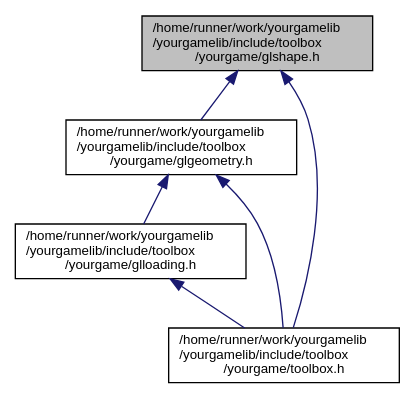
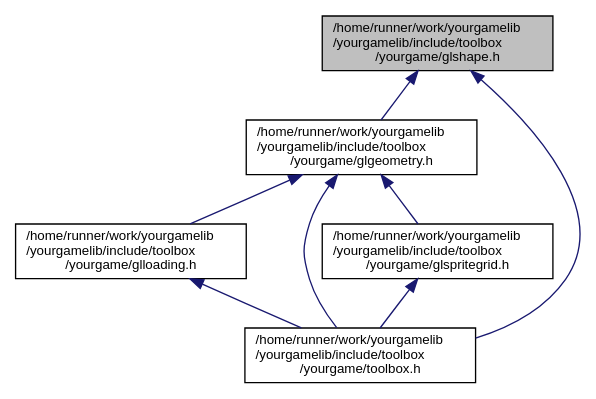
The diagram in glshape_8h__dep__incl.dot (duddel/yourgamelib), drawn with Graphviz before and after one commit. The commit also changed 64 other files, not shown here.

```diff
--- a/glshape_8h__dep__incl.dot
+++ b/glshape_8h__dep__incl.dot
@@ -1,14 +1,17 @@
 digraph "/home/runner/work/yourgamelib/yourgamelib/include/toolbox/yourgame/glshape.h"
 {
   edge [fontname="Helvetica",fontsize="10",labelfontname="Helvetica",labelfontsize="10"];
   node [fontname="Helvetica",fontsize="10",shape=record];
   Node4 [label="/home/runner/work/yourgamelib\l/yourgamelib/include/toolbox\l/yourgame/glshape.h",height=0.2,width=0.4,color="black", fillcolor="grey75", style="filled", fontcolor="black"];
   Node4 -> Node5 [dir="back",color="midnightblue",fontsize="10",style="solid",fontname="Helvetica"];
   Node5 [label="/home/runner/work/yourgamelib\l/yourgamelib/include/toolbox\l/yourgame/glgeometry.h",height=0.2,width=0.4,color="black", fillcolor="white", style="filled",URL="$glgeometry_8h.html"];
   Node5 -> Node6 [dir="back",color="midnightblue",fontsize="10",style="solid",fontname="Helvetica"];
   Node6 [label="/home/runner/work/yourgamelib\l/yourgamelib/include/toolbox\l/yourgame/glloading.h",height=0.2,width=0.4,color="black", fillcolor="white", style="filled",URL="$glloading_8h.html"];
   Node6 -> Node7 [dir="back",color="midnightblue",fontsize="10",style="solid",fontname="Helvetica"];
   Node7 [label="/home/runner/work/yourgamelib\l/yourgamelib/include/toolbox\l/yourgame/toolbox.h",height=0.2,width=0.4,color="black", fillcolor="white", style="filled",URL="$toolbox_8h.html"];
+  Node5 -> Node8 [dir="back",color="midnightblue",fontsize="10",style="solid",fontname="Helvetica"];
+  Node8 [label="/home/runner/work/yourgamelib\l/yourgamelib/include/toolbox\l/yourgame/glspritegrid.h",height=0.2,width=0.4,color="black", fillcolor="white", style="filled",URL="$glspritegrid_8h.html"];
+  Node8 -> Node7 [dir="back",color="midnightblue",fontsize="10",style="solid",fontname="Helvetica"];
   Node5 -> Node7 [dir="back",color="midnightblue",fontsize="10",style="solid",fontname="Helvetica"];
   Node4 -> Node7 [dir="back",color="midnightblue",fontsize="10",style="solid",fontname="Helvetica"];
 }
```
